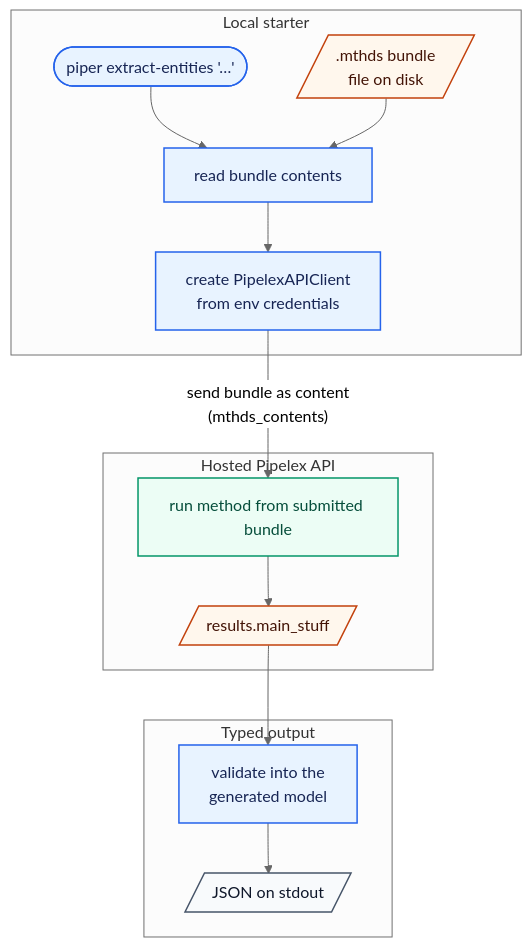
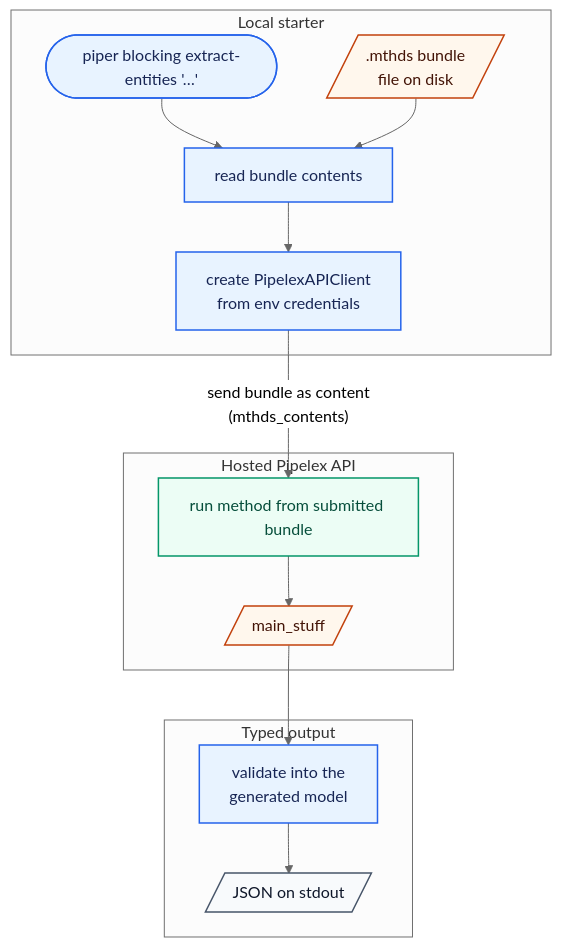
The first of 5 diagrams in README.md (Pipelex/pipelex-starter-python), drawn with Mermaid (neutral theme) before and after one commit. The commit also changed other lines of this file and 27 other files, not shown here.

````diff
--- a/README.md
+++ b/README.md
@@ -117,32 +117,32 @@
 ```mermaid
 flowchart TD
     subgraph Local["Local starter"]
-        CLI(["piper extract-entities '…'"]):::operation
+        CLI(["piper blocking extract-entities '…'"]):::operation
         Bundle[/" .mthds bundle<br/>file on disk "/]:::data
         Read["read bundle contents"]:::operation
         Client["create PipelexAPIClient<br/>from env credentials"]:::operation
     end
 
     subgraph Hosted["Hosted Pipelex API"]
         Run["run method from submitted bundle"]:::service
-        MainStuff[/" results.main_stuff "/]:::data
+        MainStuff[/" main_stuff "/]:::data
     end
 
     subgraph Output["Typed output"]
         Parse["validate into the<br/>generated model"]:::operation
         JSON[/" JSON on stdout "/]:::terminal
     end
 
     CLI --> Read
     Bundle --> Read
     Read --> Client
     Client -->|"send bundle as content<br/>(mthds_contents)"| Run
     Run --> MainStuff
     MainStuff --> Parse
     Parse --> JSON
 
     classDef operation fill:#e8f3ff,stroke:#2563eb,stroke-width:1.5px,color:#172554
     classDef data fill:#fff7ed,stroke:#c2410c,stroke-width:1.5px,color:#431407
     classDef service fill:#ecfdf5,stroke:#059669,stroke-width:1.5px,color:#064e3b
     classDef terminal fill:#f8fafc,stroke:#475569,stroke-width:1.5px,color:#0f172a
 ```
````
